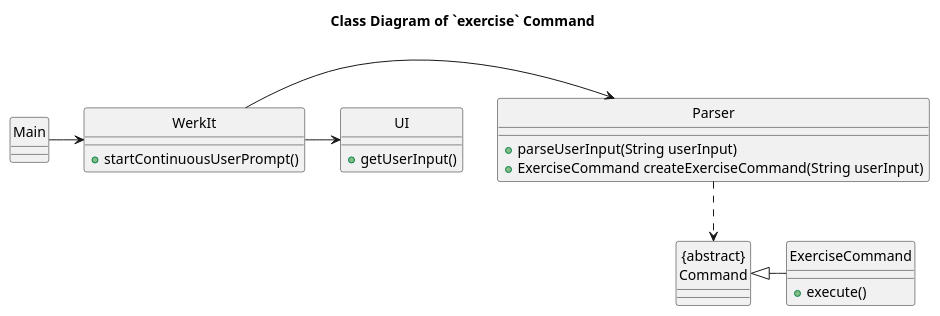
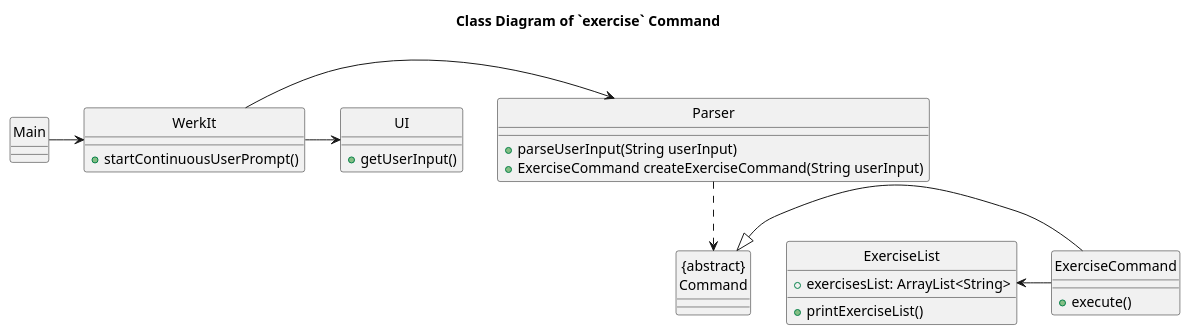
Before and after one commit to nus-cs2113-AY2122S2/tp: the diagram in docs/uml/classDiagrams/exercise.puml, drawn with PlantUML.

Commit message:
Update CD

```diff
--- a/docs/uml/classDiagrams/exercise.puml
+++ b/docs/uml/classDiagrams/exercise.puml
@@ -1,35 +1,40 @@
 @startuml
 'https://plantuml.com/class-diagram
 hide circle
 title Class Diagram of `exercise` Command
 Main -> WerkIt
 WerkIt -> Parser
 WerkIt -> UI
+ExerciseList <- ExerciseCommand
 "{abstract}\nCommand" <|- ExerciseCommand
 
 
 Parser ..> "{abstract}\nCommand"
 class WerkIt {
 + startContinuousUserPrompt()
 }
 
 
 class Main {
 
 }
 
 class ExerciseCommand {
 + execute()
 }
 
 class UI {
 + getUserInput()
 }
 
 class Parser {
 + parseUserInput(String userInput)
 + ExerciseCommand createExerciseCommand(String userInput)
 }
 
+class ExerciseList {
++ exercisesList: ArrayList<String>
++ printExerciseList()
+}
 
 @enduml
```
